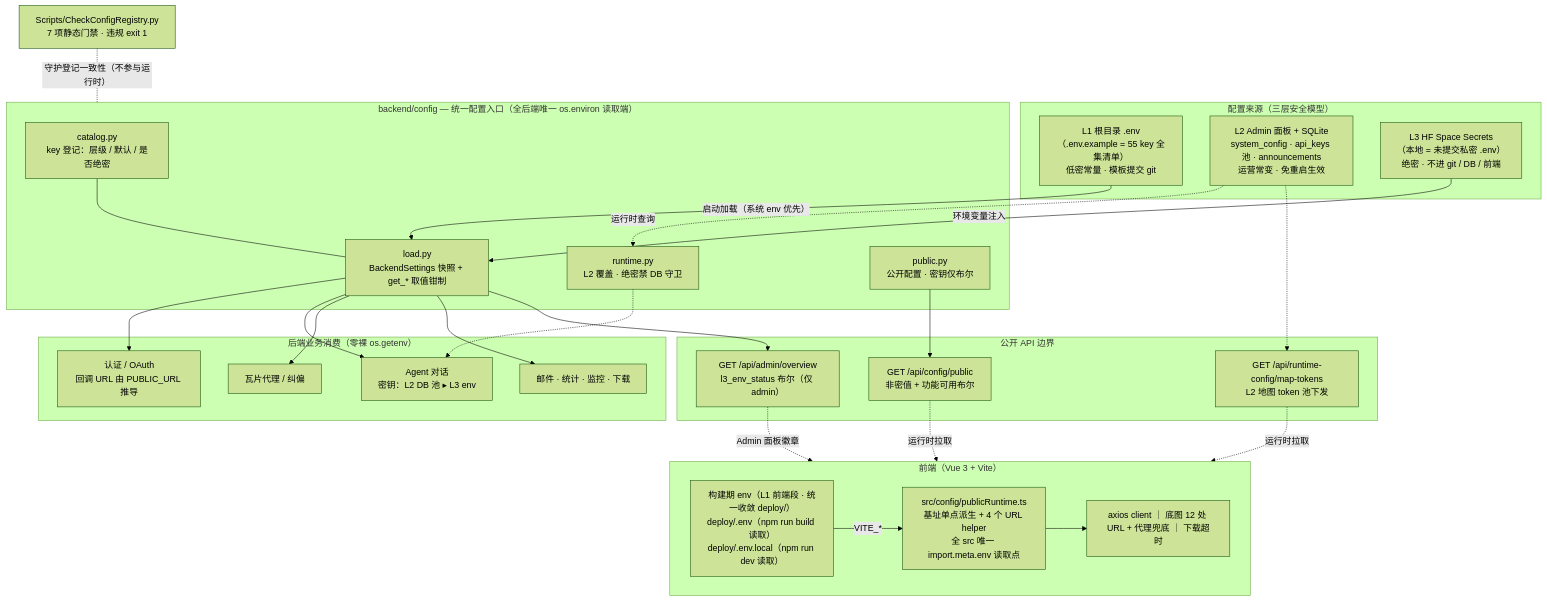
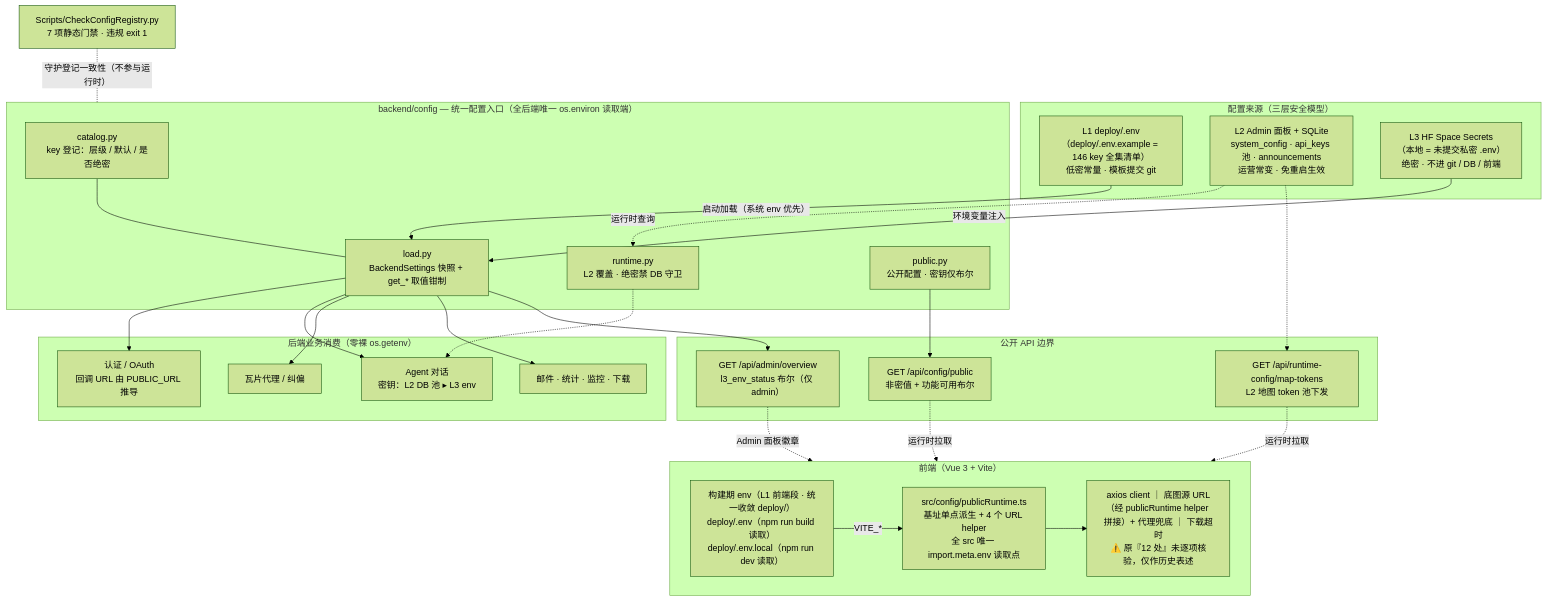
The first of 2 diagrams in Docs/Architecture/configuration-three-tier.md (NEGIAO/WebGIS-Dev), drawn with Mermaid (forest theme) before and after one commit. The commit also changed other lines of this file and 52 other files, not shown here.

````diff
--- a/Docs/Architecture/configuration-three-tier.md
+++ b/Docs/Architecture/configuration-three-tier.md
@@ -14,57 +14,57 @@
 ```mermaid
 flowchart TB
     subgraph SRC["配置来源（三层安全模型）"]
-        L1["L1 根目录 .env<br/>（.env.example = 55 key 全集清单）<br/>低密常量 · 模板提交 git"]
+        L1["L1 deploy/.env<br/>（deploy/.env.example = 146 key 全集清单）<br/>低密常量 · 模板提交 git"]
         L2["L2 Admin 面板 + SQLite<br/>system_config · api_keys 池 · announcements<br/>运营常变 · 免重启生效"]
         L3["L3 HF Space Secrets<br/>（本地 = 未提交私密 .env）<br/>绝密 · 不进 git / DB / 前端"]
     end
 
     subgraph CFG["backend/config — 统一配置入口（全后端唯一 os.environ 读取端）"]
         CAT["catalog.py<br/>key 登记：层级 / 默认 / 是否绝密"]
         LOAD["load.py<br/>BackendSettings 快照 + get_* 取值钳制"]
         RT["runtime.py<br/>L2 覆盖 · 绝密禁 DB 守卫"]
         PUB["public.py<br/>公开配置 · 密钥仅布尔"]
     end
 
     L1 -- "启动加载（系统 env 优先）" --> LOAD
     L3 -- "环境变量注入" --> LOAD
     L2 -. "运行时查询" .-> RT
     CAT --- LOAD
 
     subgraph BIZ["后端业务消费（零裸 os.getenv）"]
         AUTH["认证 / OAuth<br/>回调 URL 由 PUBLIC_URL 推导"]
         AGENT["Agent 对话<br/>密钥：L2 DB 池 ▸ L3 env"]
         TILE["瓦片代理 / 纠偏"]
         MISC["邮件 · 统计 · 监控 · 下载"]
     end
 
     LOAD --> AUTH
     LOAD --> AGENT
     LOAD --> TILE
     LOAD --> MISC
     RT -.-> AGENT
 
     subgraph API["公开 API 边界"]
         P1["GET /api/config/public<br/>非密值 + 功能可用布尔"]
         P2["GET /api/runtime-config/map-tokens<br/>L2 地图 token 池下发"]
         P3["GET /api/admin/overview<br/>l3_env_status 布尔（仅 admin）"]
     end
 
     PUB --> P1
     L2 -.-> P2
     LOAD --> P3
 
     subgraph FE["前端（Vue 3 + Vite）"]
         ENVF["构建期 env（L1 前端段 · 统一收敛 deploy/）<br/>deploy/.env（npm run build 读取）<br/>deploy/.env.local（npm run dev 读取）"]
         PRT["src/config/publicRuntime.ts<br/>基址单点派生 + 4 个 URL helper<br/>全 src 唯一 import.meta.env 读取点"]
-        CONS["axios client ｜ 底图 12 处 URL + 代理兜底 ｜ 下载超时"]
+        CONS["axios client ｜ 底图源 URL（经 publicRuntime helper 拼接）+ 代理兜底 ｜ 下载超时<br/>⚠️ 原『12 处』未逐项核验，仅作历史表述"]
     end
 
     ENVF -- "VITE_*" --> PRT --> CONS
     P1 -. "运行时拉取" .-> FE
     P2 -. "运行时拉取" .-> FE
     P3 -. "Admin 面板徽章" .-> FE
 
     GATE["Scripts/CheckConfigRegistry.py<br/>7 项静态门禁 · 违规 exit 1"]
     GATE -. "守护登记一致性（不参与运行时）" .- CFG
 ```
````
